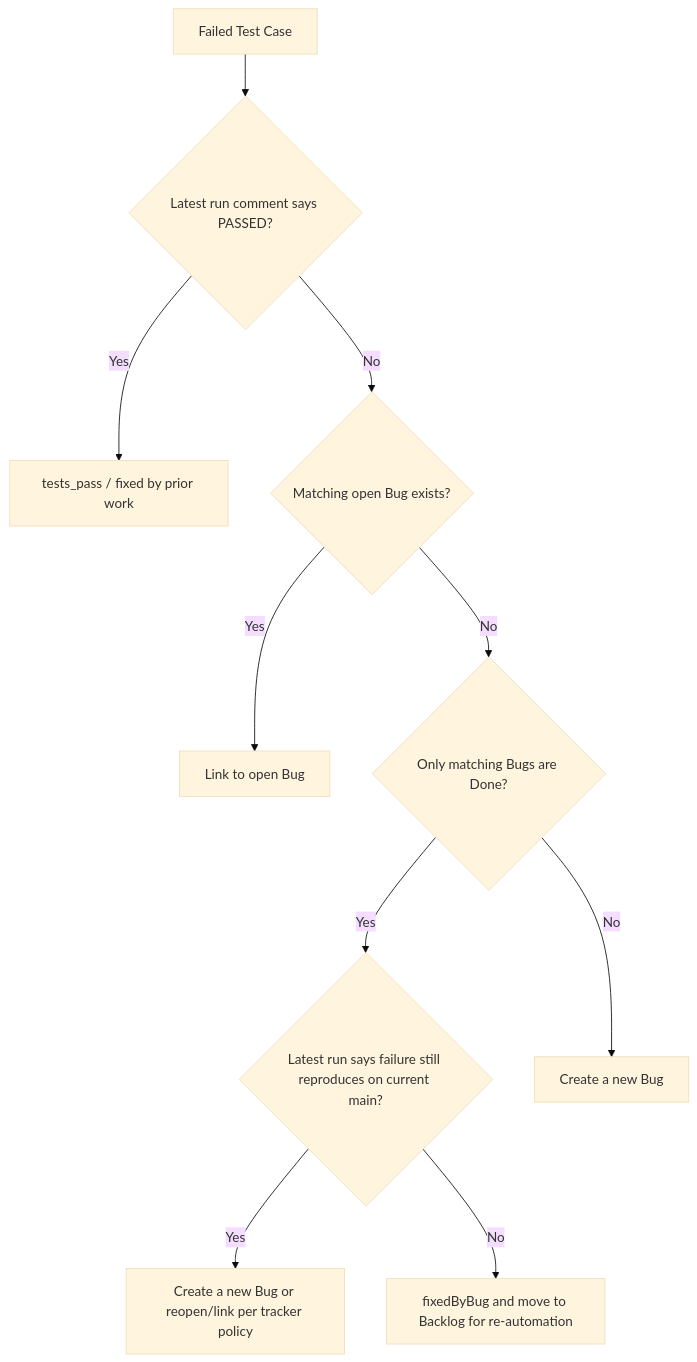
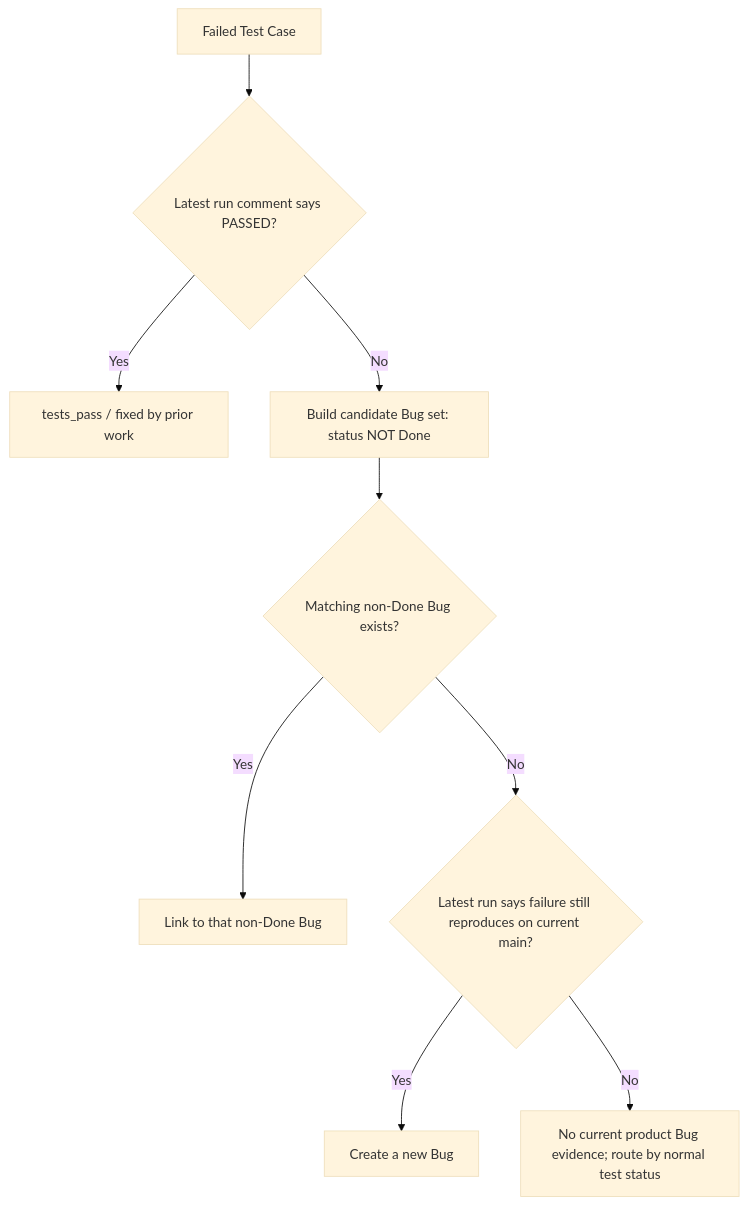
One commit to IstiN/trackstate changed the diagram in .dmtools/instructions/agents/failed_test_case_bug_triage.md. Above: the diagram before and after it, drawn with Mermaid (base theme). The commit also changed other lines of this file and 1 other file, not shown here.

Commit message:
docs: ignore done bugs in active triage selection

````diff
--- a/.dmtools/instructions/agents/failed_test_case_bug_triage.md
+++ b/.dmtools/instructions/agents/failed_test_case_bug_triage.md
@@ -8,12 +8,11 @@
 ```mermaid
 flowchart TD
     A[Failed Test Case] --> B{Latest run comment says PASSED?}
     B -- Yes --> C[tests_pass / fixed by prior work]
-    B -- No --> D{Matching open Bug exists?}
-    D -- Yes --> E[Link to open Bug]
-    D -- No --> F{Only matching Bugs are Done?}
-    F -- Yes --> G{Latest run says failure still reproduces on current main?}
-    G -- Yes --> H[Create a new Bug or reopen/link per tracker policy]
-    G -- No --> I[fixedByBug and move to Backlog for re-automation]
-    F -- No --> J[Create a new Bug]
+    B -- No --> D[Build candidate Bug set: status NOT Done]
+    D --> E{Matching non-Done Bug exists?}
+    E -- Yes --> F[Link to that non-Done Bug]
+    E -- No --> G{Latest run says failure still reproduces on current main?}
+    G -- Yes --> H[Create a new Bug]
+    G -- No --> I[No current product Bug evidence; route by normal test status]
 ```
````
